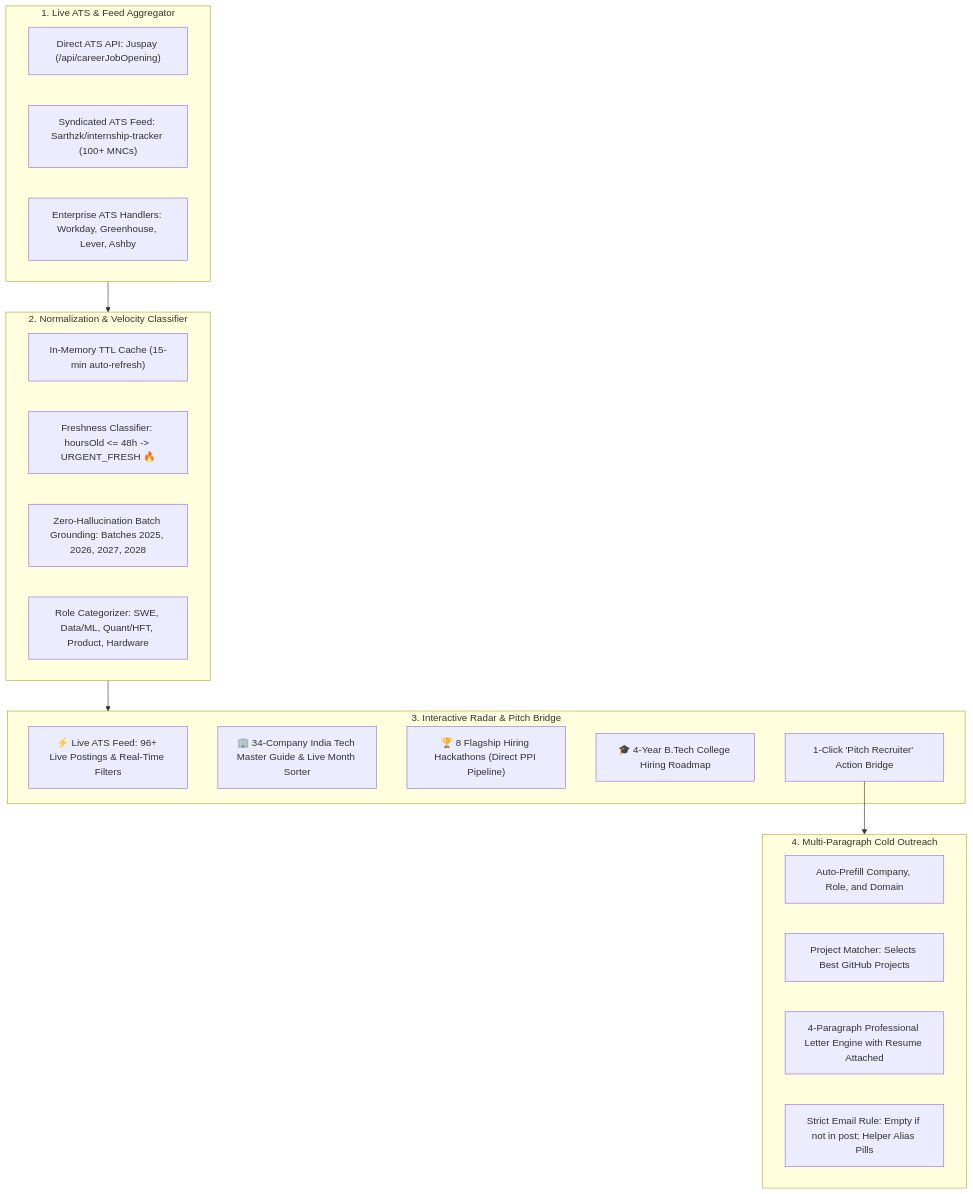
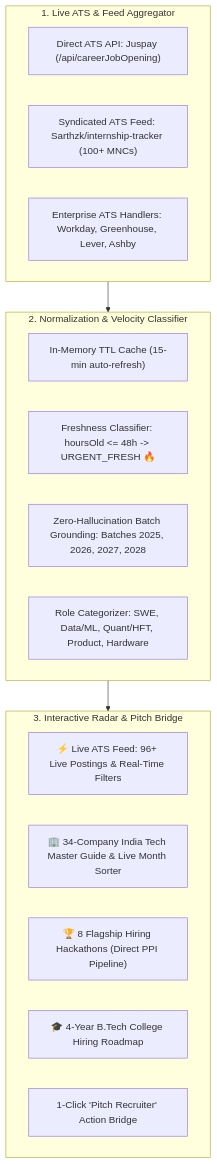
The fifth of 6 diagrams in README.md (enoshkumar17/AutoReach), drawn with Mermaid before and after one commit. The commit also changed other lines of this file and 8 other files, not shown here.

````diff
--- a/README.md
+++ b/README.md
@@ -164,34 +167,26 @@
 ```mermaid
 flowchart TD
     subgraph Upstream["1. Live ATS & Feed Aggregator"]
         U1["Direct ATS API: Juspay (/api/careerJobOpening)"]
         U2["Syndicated ATS Feed: Sarthzk/internship-tracker (100+ MNCs)"]
         U3["Enterprise ATS Handlers: Workday, Greenhouse, Lever, Ashby"]
     end
 
     subgraph Engine["2. Normalization & Velocity Classifier"]
         E1["In-Memory TTL Cache (15-min auto-refresh)"]
         E2["Freshness Classifier: hoursOld <= 48h -> URGENT_FRESH 🔥"]
         E3["Zero-Hallucination Batch Grounding: Batches 2025, 2026, 2027, 2028"]
         E4["Role Categorizer: SWE, Data/ML, Quant/HFT, Product, Hardware"]
     end
 
     subgraph Client["3. Interactive Radar & Pitch Bridge"]
         C1["⚡ Live ATS Feed: 96+ Live Postings & Real-Time Filters"]
         C2["🏢 34-Company India Tech Master Guide & Live Month Sorter"]
         C3["🏆 8 Flagship Hiring Hackathons (Direct PPI Pipeline)"]
         C4["🎓 4-Year B.Tech College Hiring Roadmap"]
         C5["1-Click 'Pitch Recruiter' Action Bridge"]
     end
 
-    subgraph Outreach["4. Multi-Paragraph Cold Outreach"]
-        O1["Auto-Prefill Company, Role, and Domain"]
-        O2["Project Matcher: Selects Best GitHub Projects"]
-        O3["4-Paragraph Professional Letter Engine with Resume Attached"]
-        O4["Strict Email Rule: Empty if not in post; Helper Alias Pills"]
-    end
-
     Upstream --> Engine
     Engine --> Client
-    C5 --> Outreach
 ```
````
